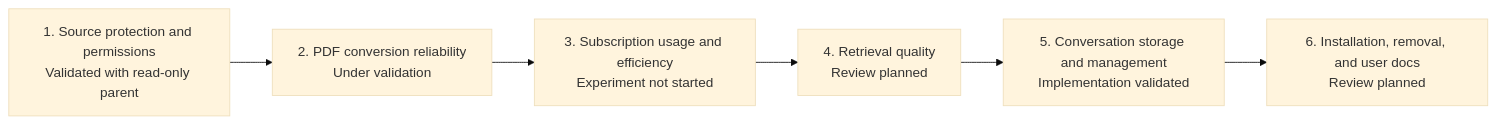
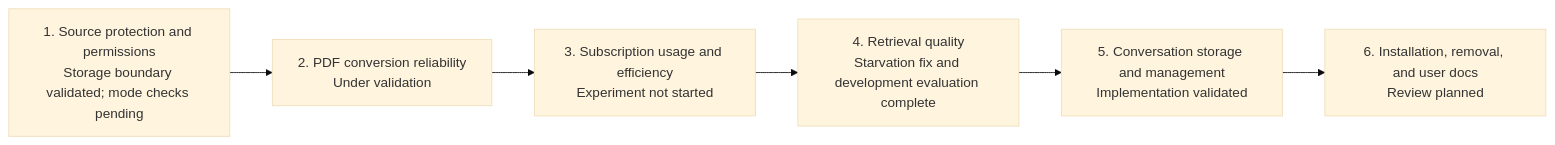
One commit to LWH4Data/research-agent changed the diagram in docs/technical/ROADMAP.en.md. Above: the diagram before and after it, drawn with Mermaid (base theme). The commit also changed other lines of this file and 69 other files, not shown here.

````diff
--- a/docs/technical/ROADMAP.en.md
+++ b/docs/technical/ROADMAP.en.md
@@ -13,8 +13,8 @@
 ```mermaid
 flowchart LR
-    M1[1. Source protection and permissions<br/>Validated with read-only parent] --> M2[2. PDF conversion reliability<br/>Under validation]
+    M1[1. Source protection and permissions<br/>Storage boundary validated; mode checks pending] --> M2[2. PDF conversion reliability<br/>Under validation]
     M2 --> M3[3. Subscription usage and efficiency<br/>Experiment not started]
-    M3 --> M4[4. Retrieval quality<br/>Review planned]
+    M3 --> M4[4. Retrieval quality<br/>Starvation fix and development evaluation complete]
     M4 --> M5[5. Conversation storage and management<br/>Implementation validated]
     M5 --> M6[6. Installation, removal, and user docs<br/>Review planned]
 ```
````
